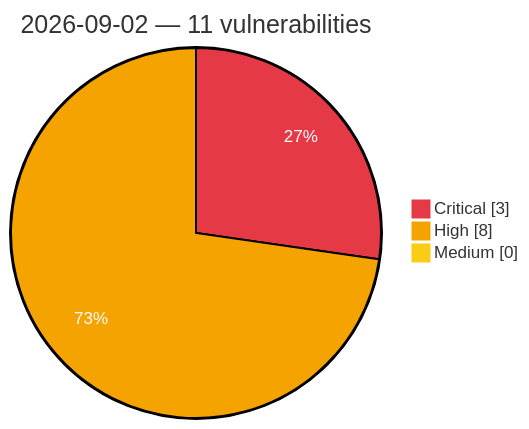
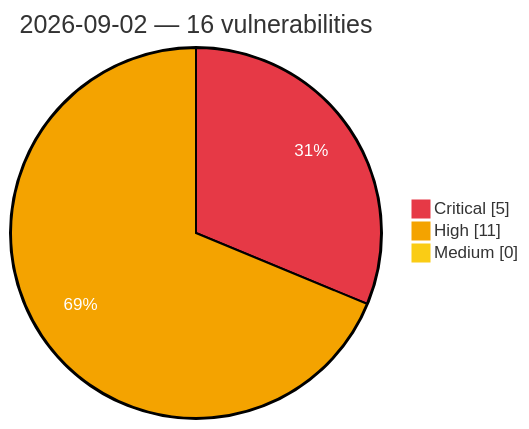
The diagram in vulnerabilities/2026/September/2026-09-02.md (GhostX0X/vuln-tracker), drawn with Mermaid before and after one commit. The commit also changed other lines of this file and 5 other files, not shown here.

Commit message:
Auto update: critical/high vulns (2026-09-02 09:03 UTC)

````diff
--- a/vulnerabilities/2026/September/2026-09-02.md
+++ b/vulnerabilities/2026/September/2026-09-02.md
@@ -3,8 +3,8 @@
 ```mermaid
 %%{init: {'theme':'base', 'themeVariables': {'pie1':'#e63946', 'pie2':'#f4a300', 'pie3':'#facc15', 'pieOpacity':'1', 'pieOuterStrokeWidth':'2px', 'pieSectionTextColor':'#ffffff'}}}%%
 pie showData
-    title 2026-09-02 — 11 vulnerabilities
-    "Critical" : 3
-    "High" : 8
+    title 2026-09-02 — 16 vulnerabilities
+    "Critical" : 5
+    "High" : 11
     "Medium" : 0
 ```
````
